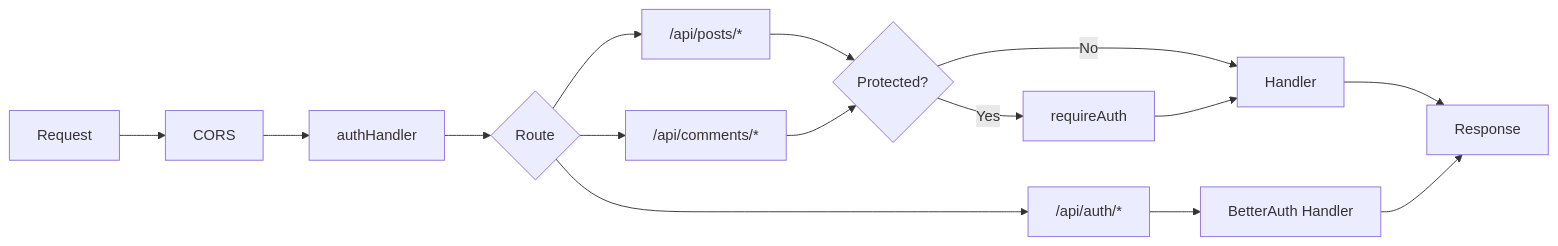
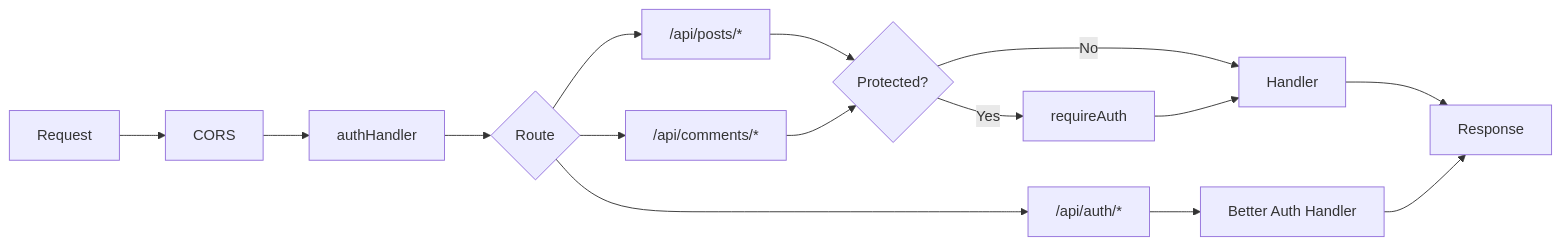
One commit to samuel032khoury/hackernews changed the first of 2 diagrams in server/README.md. Above: the diagram before and after it, drawn with Mermaid. The commit also changed other lines of this file, not shown here.

````diff
--- a/server/README.md
+++ b/server/README.md
@@ -63,17 +64,17 @@
 ```mermaid
 graph LR
     A[Request] --> B[CORS]
     B --> C[authHandler]
     C --> D{Route}
     D --> E["/api/auth/*"]
     D --> F["/api/posts/*"]
     D --> G["/api/comments/*"]
     F --> H{Protected?}
     G --> H
     H -->|Yes| I[requireAuth]
     H -->|No| J[Handler]
     I --> J
     J --> K[Response]
-    E --> L[BetterAuth Handler]
+    E --> L[Better Auth Handler]
     L --> K
 ```
````
